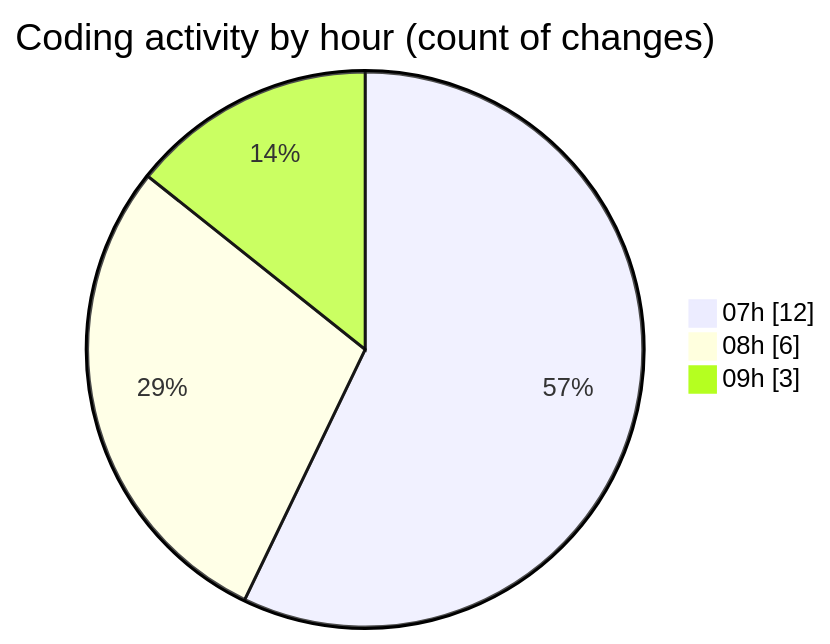
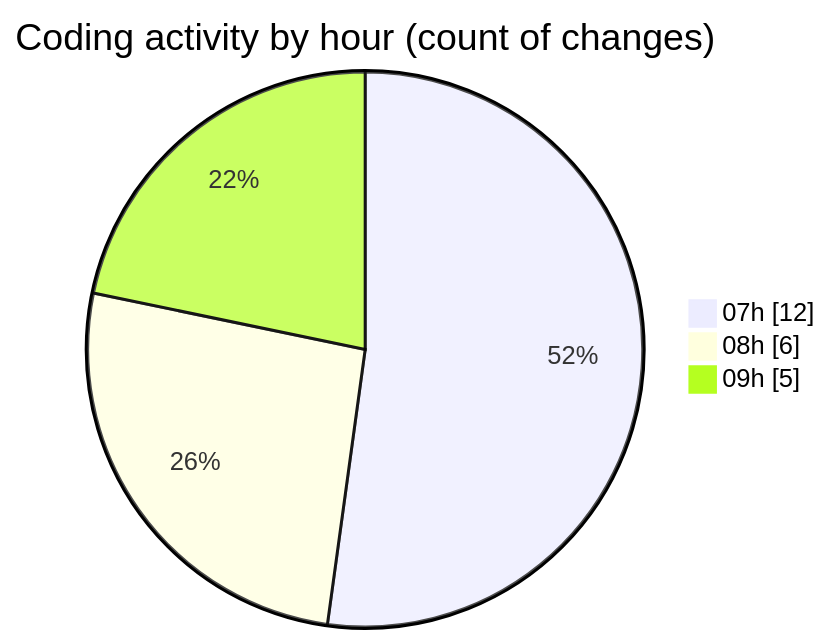
One commit to nxtqubesakshisongat/code-tracking changed the second of 2 diagrams in 2026-02-23/nxtqube_webapp/README.md. Above: the diagram before and after it, drawn with Mermaid. The commit also changed other lines of this file and 1 other file, not shown here.

````diff
--- a/2026-02-23/nxtqube_webapp/README.md
+++ b/2026-02-23/nxtqube_webapp/README.md
@@ -29,7 +29,7 @@
 ```mermaid
 pie showData
 title Coding activity by hour (count of changes)
 "07h" : 12
 "08h" : 6
-"09h" : 3
+"09h" : 5
 ```
````
